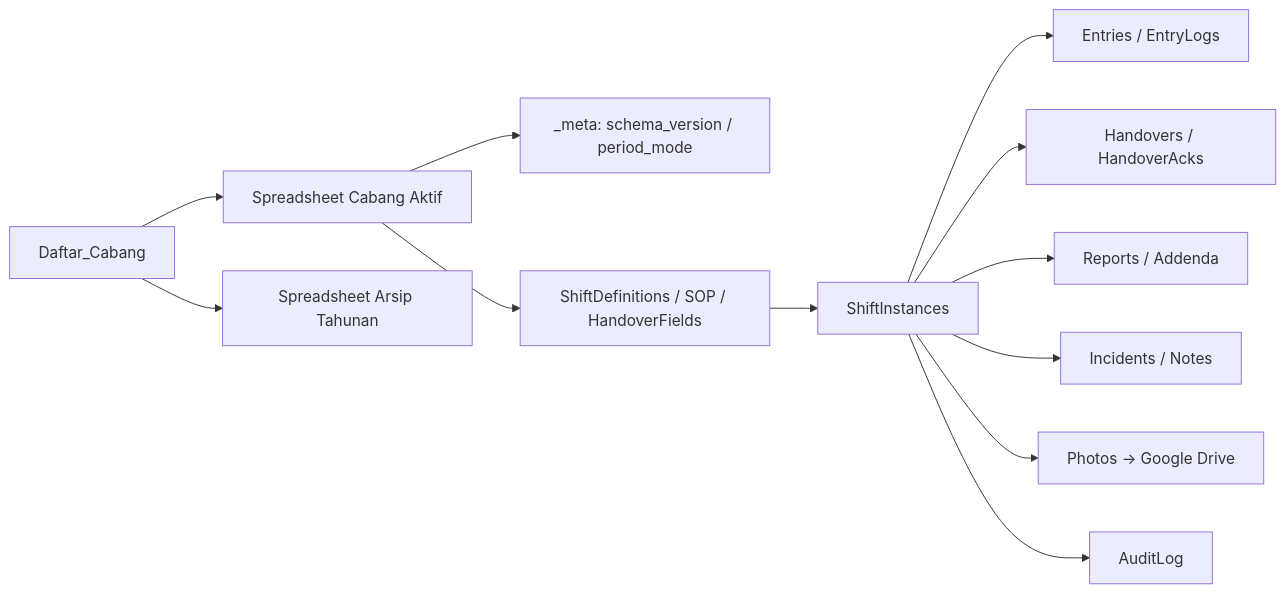
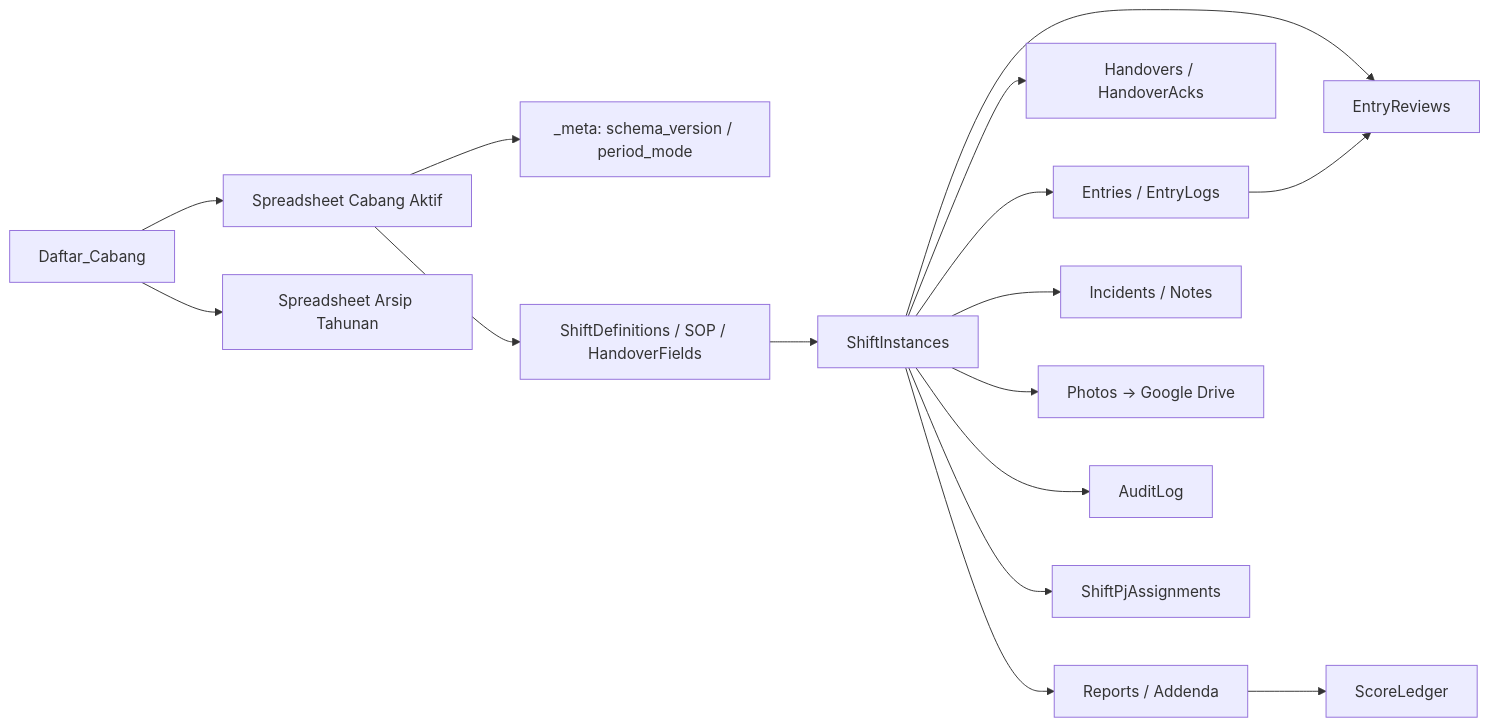
Before and after one commit to myGroomy/mycheck-sheets: the diagram in PLAN/ERD-CHEN.md, drawn with Mermaid. The commit also changed 120 other files, not shown here.

````diff
--- a/PLAN/ERD-CHEN.md
+++ b/PLAN/ERD-CHEN.md
@@ -6,14 +6,18 @@
 ```mermaid
 flowchart LR
   Branch[Daftar_Cabang] --> Active[Spreadsheet Cabang Aktif]
   Branch --> Archive[Spreadsheet Arsip Tahunan]
   Active --> Meta[_meta: schema_version / period_mode]
   Active --> Config[ShiftDefinitions / SOP / HandoverFields]
   Config --> Instance[ShiftInstances]
   Instance --> Checklist[Entries / EntryLogs]
   Instance --> Handover[Handovers / HandoverAcks]
   Instance --> Report[Reports / Addenda]
   Instance --> Incident[Incidents / Notes]
   Instance --> Photo[Photos -> Google Drive]
   Instance --> Audit[AuditLog]
+  Instance --> PjLog[ShiftPjAssignments]
+  Instance --> Reviews[EntryReviews]
+  Report --> Ledger[ScoreLedger]
+  Checklist --> Reviews
 ```
````
